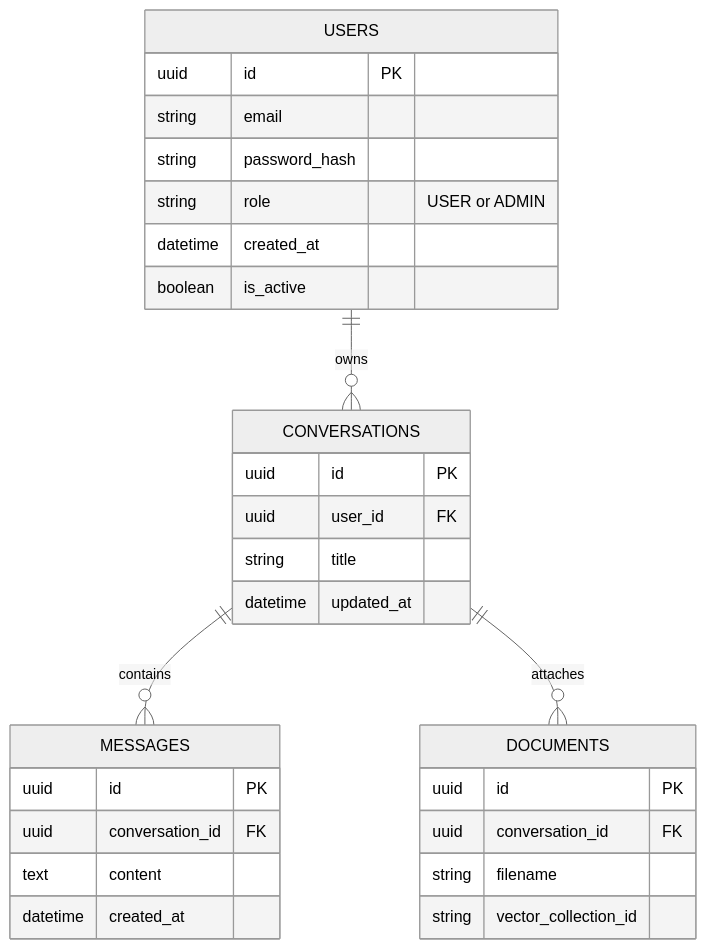
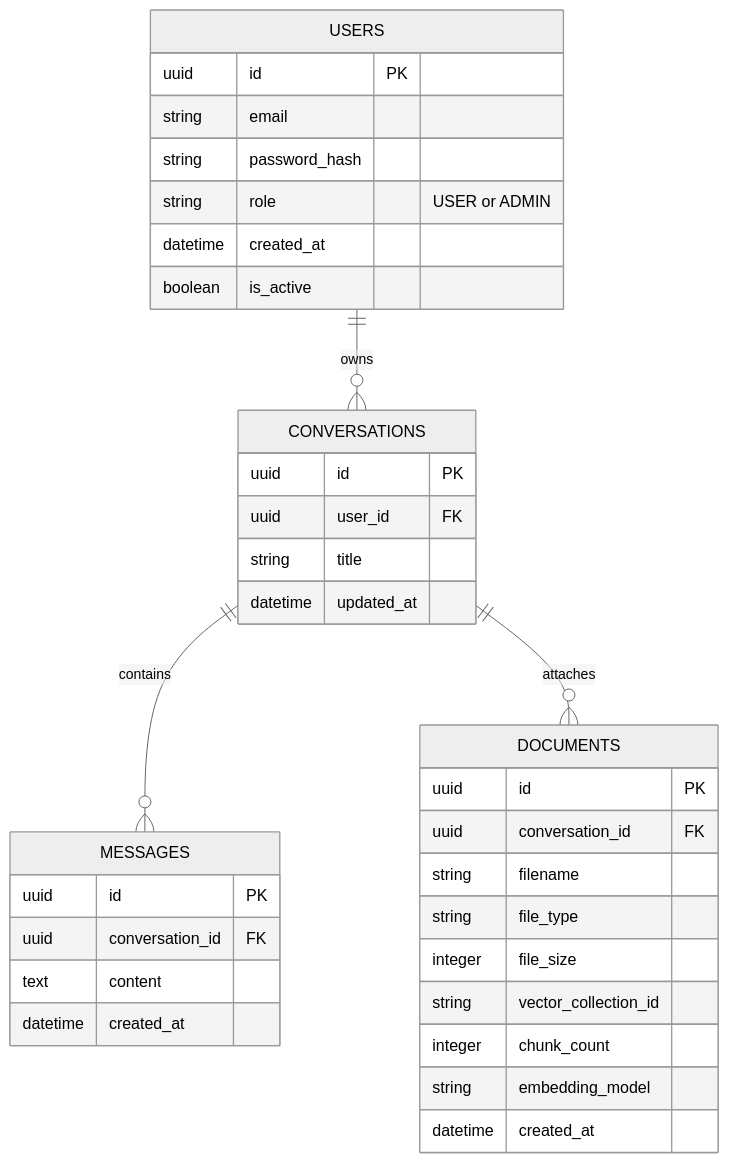
Before and after one commit to kienng221105/Summarize-Vietnamese-Text: the second of 6 diagrams in README.md, drawn with Mermaid (neutral theme). The commit also changed other lines of this file, not shown here.

````diff
--- a/README.md
+++ b/README.md
@@ -38,39 +38,48 @@
 ```mermaid
 erDiagram
 
   USERS ||--o{ CONVERSATIONS : "owns"
 
   USERS {
     uuid id PK
     string email
     string password_hash
     string role "USER or ADMIN"
     datetime created_at
     boolean is_active
   }
 
   CONVERSATIONS ||--o{ MESSAGES : "contains"
 
   CONVERSATIONS {
     uuid id PK
     uuid user_id FK
     string title
     datetime updated_at
   }
 
   MESSAGES {
     uuid id PK
     uuid conversation_id FK
     text content
     datetime created_at
   }
 
   CONVERSATIONS ||--o{ DOCUMENTS : "attaches"
 
   DOCUMENTS {
-    uuid id PK
-    uuid conversation_id FK
-    string filename
-    string vector_collection_id
+	uuid id PK  
+	uuid conversation_id FK  
+	  
+	string filename  
+	string file_type  
+	integer file_size  
+	  
+	string vector_collection_id  
+	  
+	integer chunk_count  
+	string embedding_model  
+	  
+	datetime created_at	   
   }
 ```
````
